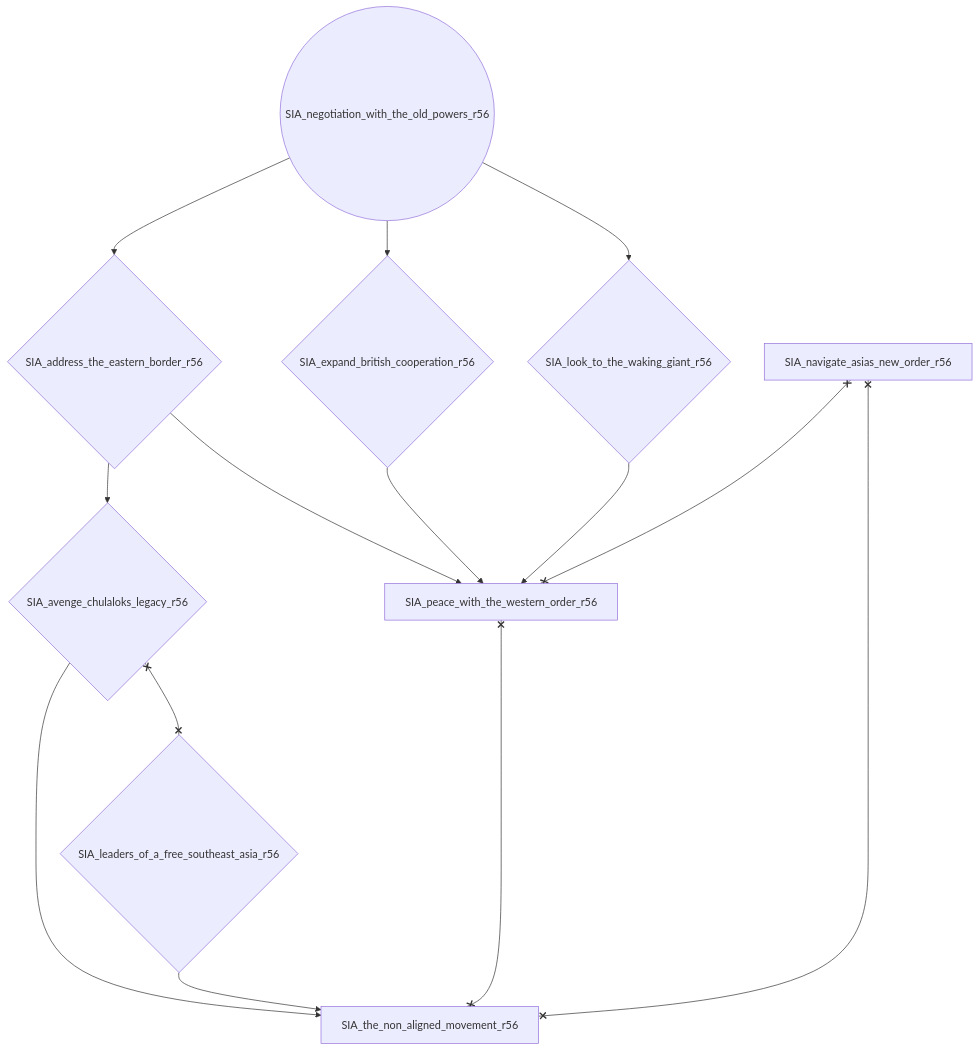
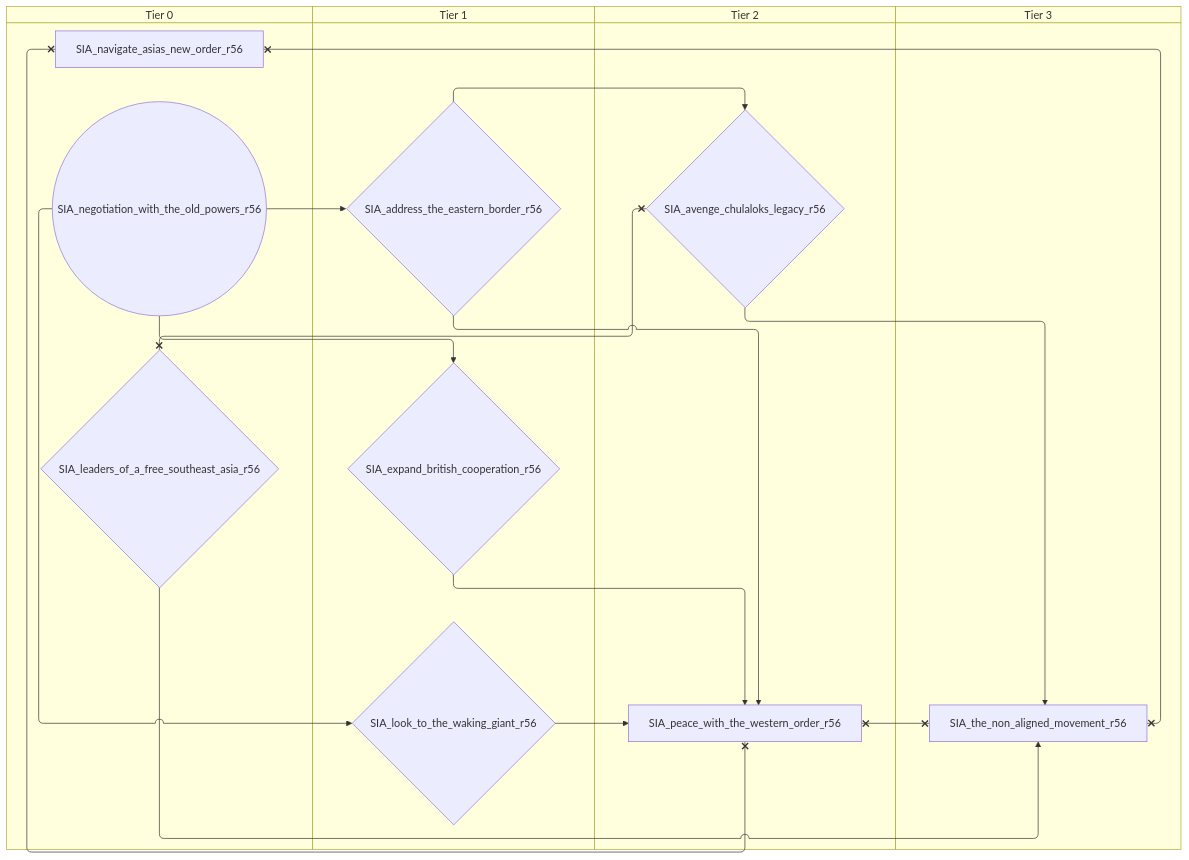
The sixth of 9 diagrams in docs/gdd/National Focuses/siam_r56.md (evgeny-sobol/hoi4-sandbox-mode-r56), drawn with Mermaid before and after one commit. The commit also changed other lines of this file and 423 other files, not shown here.

First line of the commit message:
Re-export Rt56 focus trees as swimlane diagrams

````diff
--- a/docs/gdd/National Focuses/siam_r56.md
+++ b/docs/gdd/National Focuses/siam_r56.md
@@ -454,25 +510,33 @@
 ```mermaid
-flowchart TD
-    n145{"SIA_address_the_eastern_border_r56"}
-    n146{"SIA_avenge_chulaloks_legacy_r56"}
-    n147{"SIA_expand_british_cooperation_r56"}
-    n148{"SIA_leaders_of_a_free_southeast_asia_r56"}
-    n149{"SIA_look_to_the_waking_giant_r56"}
-    n150["SIA_navigate_asias_new_order_r56"]
-    n151(("SIA_negotiation_with_the_old_powers_r56"))
-    n152["SIA_peace_with_the_western_order_r56"]
-    n153["SIA_the_non_aligned_movement_r56"]
-    n151 --> n145
-    n145 --> n146
-    n151 --> n147
-    n151 --> n149
+swimlane-beta TD
+    subgraph tier_0["Tier 0"]
+        n145{"SIA_leaders_of_a_free_southeast_asia_r56"}
+        n146["SIA_navigate_asias_new_order_r56"]
+        n147(("SIA_negotiation_with_the_old_powers_r56"))
+    end
+    subgraph tier_1["Tier 1"]
+        n148{"SIA_address_the_eastern_border_r56"}
+        n149{"SIA_expand_british_cooperation_r56"}
+        n150{"SIA_look_to_the_waking_giant_r56"}
+    end
+    subgraph tier_2["Tier 2"]
+        n151{"SIA_avenge_chulaloks_legacy_r56"}
+        n152["SIA_peace_with_the_western_order_r56"]
+    end
+    subgraph tier_3["Tier 3"]
+        n153["SIA_the_non_aligned_movement_r56"]
+    end
+    n147 --> n148
+    n148 --> n151
+    n147 --> n149
+    n147 --> n150
+    n150 --> n152
     n149 --> n152
-    n147 --> n152
-    n145 --> n152
-    n146 --> n153
-    n148 --> n153
-    n146 x--x n148
-    n150 x--x n152
-    n150 x--x n153
+    n148 --> n152
+    n151 --> n153
+    n145 --> n153
+    n151 x--x n145
+    n146 x--x n152
+    n146 x--x n153
     n152 x--x n153
 ```
````
